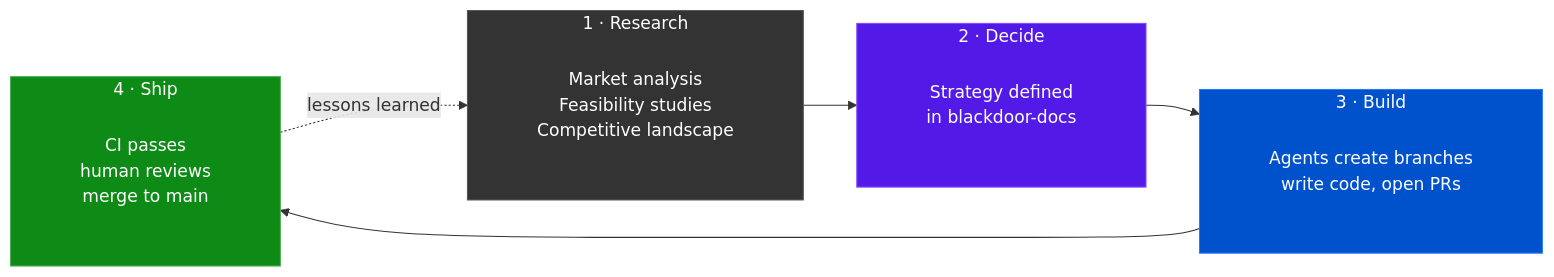
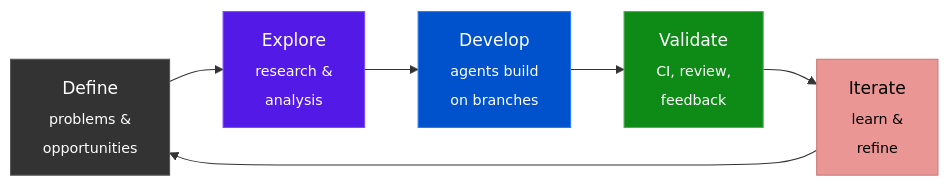
One commit to Blackdoor-Industries/.github changed the second of 2 diagrams in profile/README.md. Above: the diagram before and after it, drawn with Mermaid. The commit also changed other lines of this file, not shown here.

````diff
--- a/profile/README.md
+++ b/profile/README.md
@@ -98,30 +159,17 @@
 ```mermaid
-flowchart LR
-    subgraph RESEARCH ["1 · Research"]
-        R["Market analysis\nFeasibility studies\nCompetitive landscape"]
-    end
+graph LR
+    DEFINE["Define<br><sub>problems &<br>opportunities</sub>"]
+    EXPLORE["Explore<br><sub>research &<br>analysis</sub>"]
+    DEVELOP["Develop<br><sub>agents build<br>on branches</sub>"]
+    VALIDATE["Validate<br><sub>CI, review,<br>feedback</sub>"]
+    ITERATE["Iterate<br><sub>learn &<br>refine</sub>"]
 
-    subgraph DECIDE ["2 · Decide"]
-        D["Strategy defined\nin blackdoor-docs"]
-    end
+    DEFINE --> EXPLORE --> DEVELOP --> VALIDATE --> ITERATE
+    ITERATE --> DEFINE
 
-    subgraph BUILD ["3 · Build"]
-        B["Agents create branches\nwrite code, open PRs"]
-    end
-
-    subgraph SHIP ["4 · Ship"]
-        S["CI passes\nhuman reviews\nmerge to main"]
-    end
-
-    RESEARCH --> DECIDE --> BUILD --> SHIP
-    SHIP -. "lessons learned" .-> RESEARCH
-
-    style RESEARCH fill:#333,color:#fff,stroke:#555
-    style DECIDE fill:#5319e7,color:#fff,stroke:#7c4dff
-    style BUILD fill:#0052cc,color:#fff,stroke:#2979ff
-    style SHIP fill:#0e8a16,color:#fff,stroke:#4caf50
-    style R fill:none,color:#fff,stroke:none
-    style D fill:none,color:#fff,stroke:none
-    style B fill:none,color:#fff,stroke:none
-    style S fill:none,color:#fff,stroke:none
+    style DEFINE fill:#333,color:#fff,stroke:#555
+    style EXPLORE fill:#5319e7,color:#fff,stroke:#7c4dff
+    style DEVELOP fill:#0052cc,color:#fff,stroke:#2979ff
+    style VALIDATE fill:#0e8a16,color:#fff,stroke:#4caf50
+    style ITERATE fill:#e99695,color:#000,stroke:#c97a7a
 ```
````
